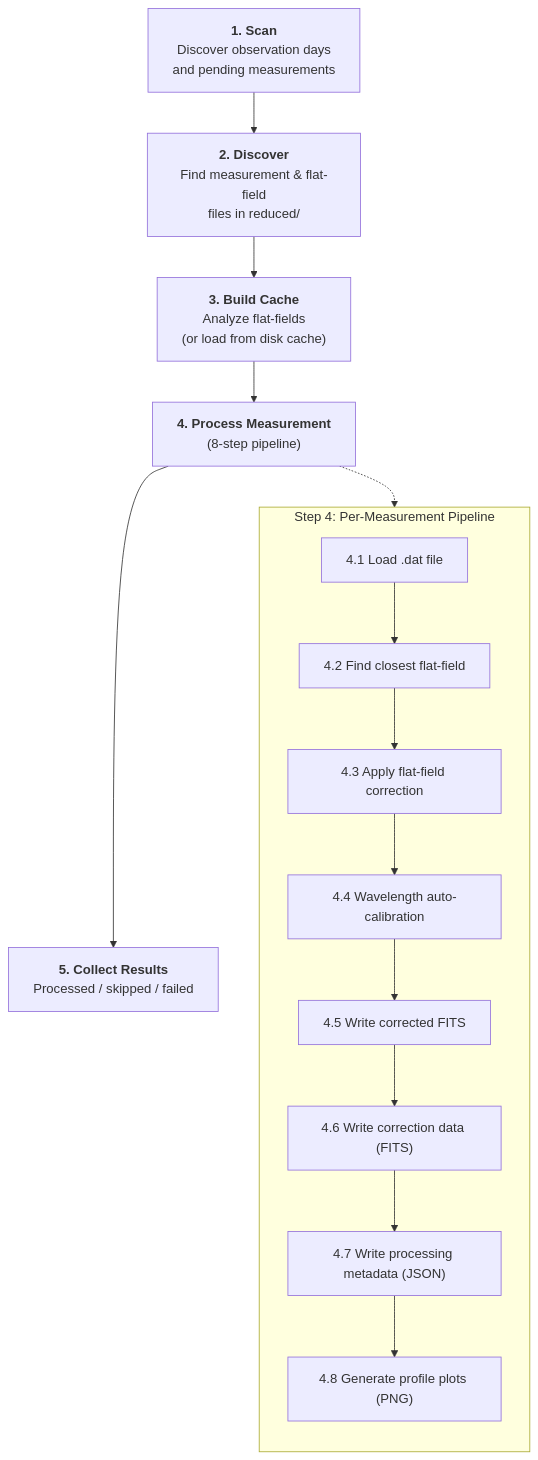
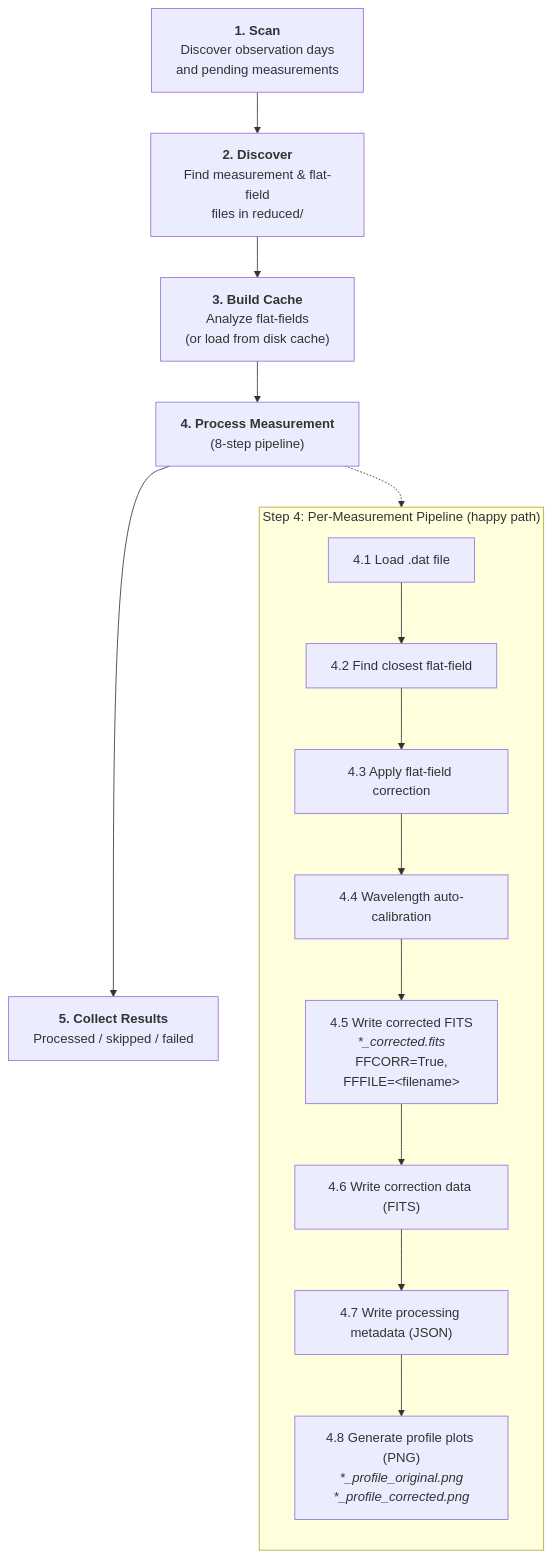
The first of 5 diagrams in docs/pipeline/pipeline_overview.md (cdeldon/irsol-data-pipeline), drawn with Mermaid before and after one commit. The commit also changed other lines of this file and 12 other files, not shown here.

First line of the commit message:
feat: convert-on-ff-failure — export FITS and profile plot for uncorrected measurements (#61)

````diff
--- a/docs/pipeline/pipeline_overview.md
+++ b/docs/pipeline/pipeline_overview.md
@@ -7,26 +9,26 @@
 ```mermaid
 flowchart TD
     SCAN["<b>1. Scan</b><br/>Discover observation days<br/>and pending measurements"]
     DISCOVER["<b>2. Discover</b><br/>Find measurement & flat-field<br/>files in reduced/"]
     CACHE["<b>3. Build Cache</b><br/>Analyze flat-fields<br/>(or load from disk cache)"]
     PROCESS["<b>4. Process Measurement</b><br/>(8-step pipeline)"]
     RESULT["<b>5. Collect Results</b><br/>Processed / skipped / failed"]
 
     SCAN --> DISCOVER --> CACHE --> PROCESS --> RESULT
 
-    subgraph "Step 4: Per-Measurement Pipeline"
+    subgraph "Step 4: Per-Measurement Pipeline (happy path)"
         direction TB
         P1["4.1 Load .dat file"]
         P2["4.2 Find closest flat-field"]
         P3["4.3 Apply flat-field correction"]
         P4["4.4 Wavelength auto-calibration"]
-        P5["4.5 Write corrected FITS"]
+        P5["4.5 Write corrected FITS<br/><i>*_corrected.fits</i><br/>FFCORR=True,<br/>FFFILE=&lt;filename&gt;"]
         P6["4.6 Write correction data (FITS)"]
         P7["4.7 Write processing metadata (JSON)"]
-        P8["4.8 Generate profile plots (PNG)"]
+        P8["4.8 Generate profile plots (PNG)<br/><i>*_profile_original.png</i><br/><i>*_profile_corrected.png</i>"]
 
         P1 --> P2 --> P3 --> P4 --> P5 --> P6 --> P7 --> P8
     end
 
     PROCESS -.-> P1
 ```
````
